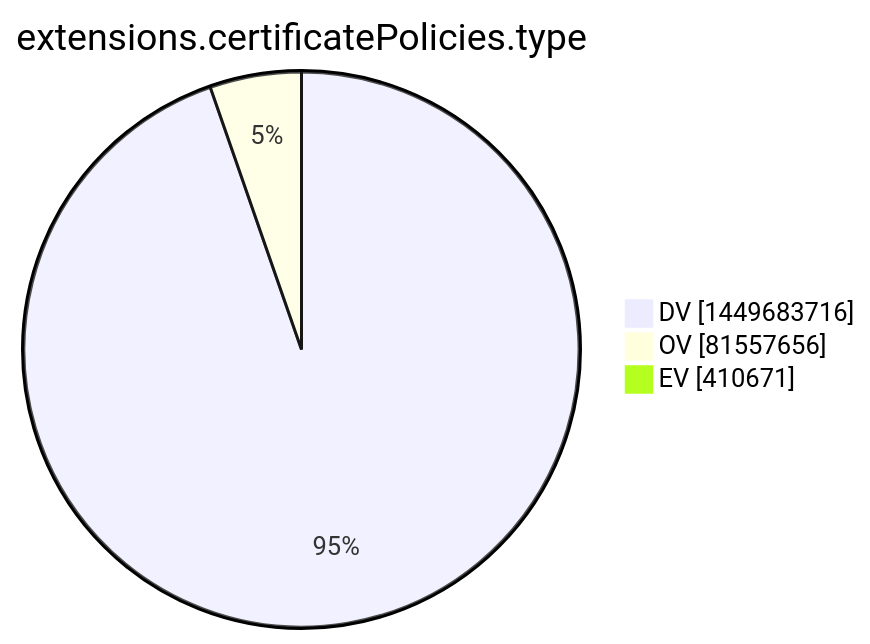
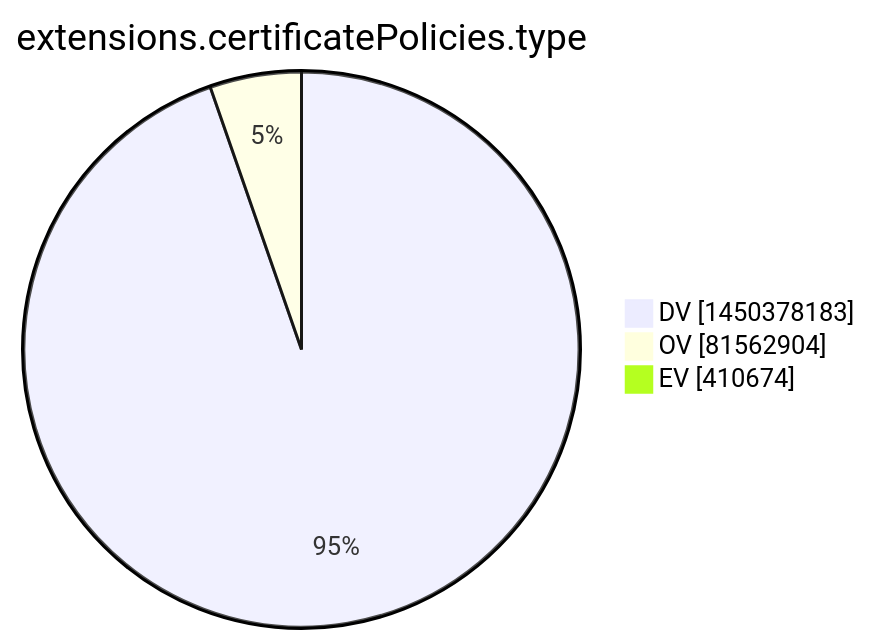
Before and after one commit to christiankrug/ctmonitor_visualization: the tenth of 15 diagrams in xenon2022/README.md, drawn with Mermaid. The commit also changed other lines of this file, not shown here.

````diff
--- a/xenon2022/README.md
+++ b/xenon2022/README.md
@@ -2870,7 +2870,7 @@
 ```mermaid
 pie showData
 title extensions.certificatePolicies.type
-"DV" :1449683716
-"OV" :81557656
-"EV" :410671
+"DV" :1450378183
+"OV" :81562904
+"EV" :410674
 ```
````
